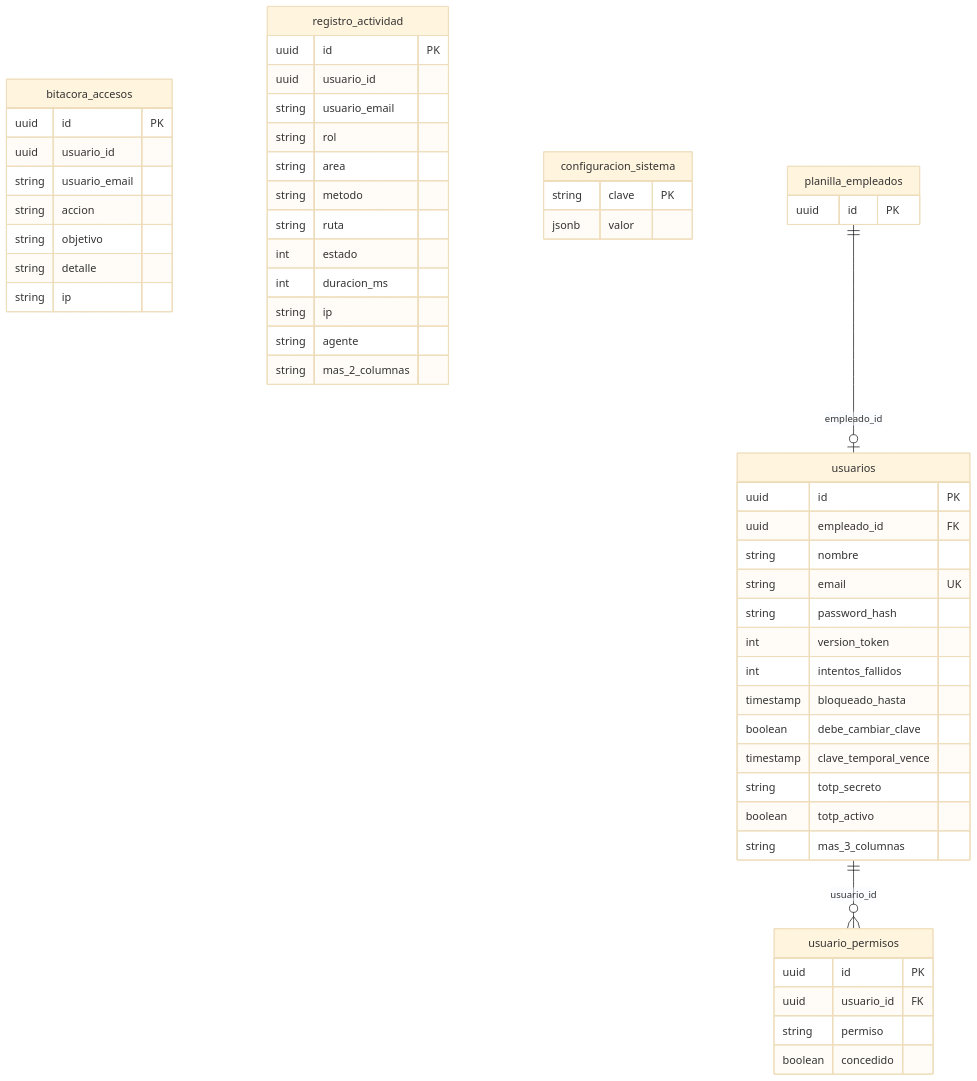
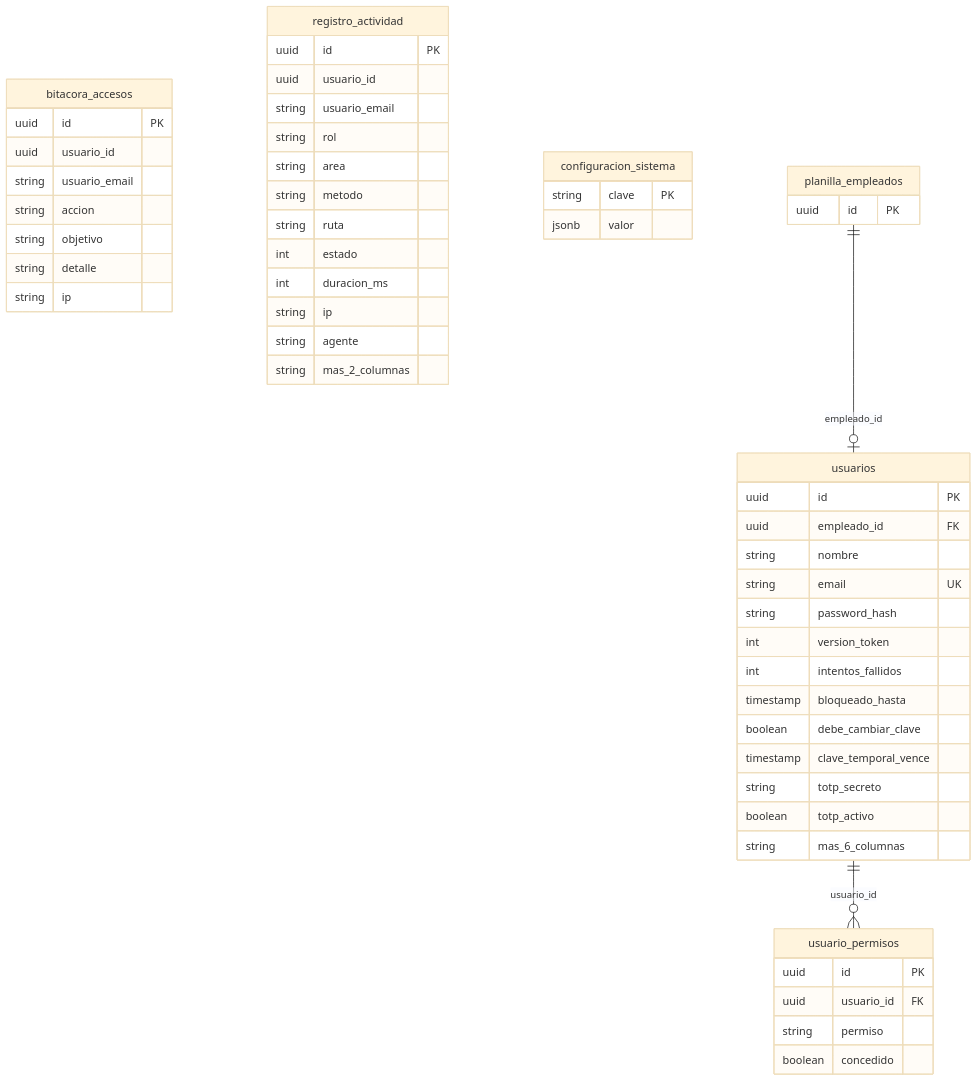
One commit to German-GS/sistema-conejo-blanco changed the first of 7 diagrams in docs/BASE_DE_DATOS.md. Above: the diagram before and after it, drawn with Mermaid (base theme). The commit also changed other lines of this file and 76 other files, not shown here.

````diff
--- a/docs/BASE_DE_DATOS.md
+++ b/docs/BASE_DE_DATOS.md
@@ -13,56 +13,56 @@
 ```mermaid
 erDiagram
   usuarios {
     uuid id PK
     uuid empleado_id FK
     string nombre
     string email UK
     string password_hash
     int version_token
     int intentos_fallidos
     timestamp bloqueado_hasta
     boolean debe_cambiar_clave
     timestamp clave_temporal_vence
     string totp_secreto
     boolean totp_activo
-    string mas_3_columnas
+    string mas_6_columnas
   }
   usuario_permisos {
     uuid id PK
     uuid usuario_id FK
     string permiso
     boolean concedido
   }
   bitacora_accesos {
     uuid id PK
     uuid usuario_id
     string usuario_email
     string accion
     string objetivo
     string detalle
     string ip
   }
   registro_actividad {
     uuid id PK
     uuid usuario_id
     string usuario_email
     string rol
     string area
     string metodo
     string ruta
     int estado
     int duracion_ms
     string ip
     string agente
     string mas_2_columnas
   }
   configuracion_sistema {
     string clave PK
     jsonb valor
   }
   planilla_empleados {
     uuid id PK
   }
   planilla_empleados ||--o| usuarios : empleado_id
   usuarios ||--o{ usuario_permisos : usuario_id
 ```
````
